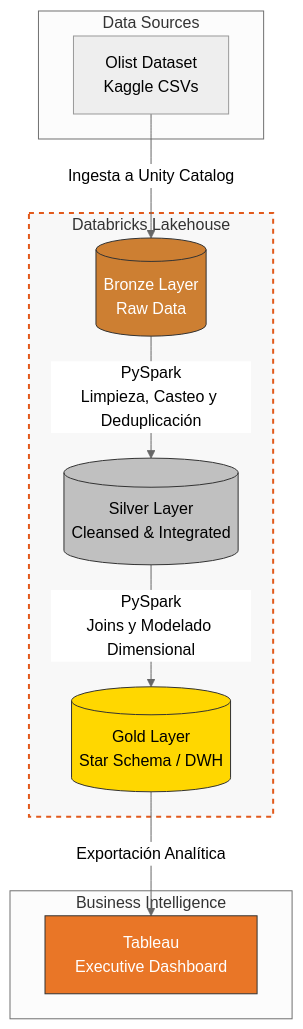
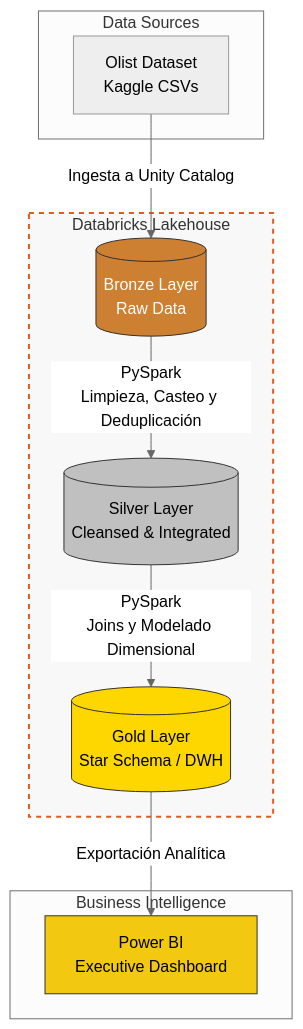
Before and after one commit to Fab0705/ecommerce-lakehouse: the diagram in README.md, drawn with Mermaid (neutral theme). The commit also changed other lines of this file, not shown here.

Commit message:
Update README with Dashboard

````diff
--- a/README.md
+++ b/README.md
@@ -17,27 +17,27 @@
 ```mermaid
 flowchart TD
     subgraph Data Sources
         Olist[Olist Dataset<br/>Kaggle CSVs]
     end
 
     subgraph Databricks [Databricks Lakehouse]
         Bronze[(Bronze Layer<br/>Raw Data)]
         Silver[(Silver Layer<br/>Cleansed & Integrated)]
         Gold[(Gold Layer<br/>Star Schema / DWH)]
     end
 
     subgraph BI [Business Intelligence]
-        Tableau[Tableau<br/>Executive Dashboard]
+        PowerBI[Power BI<br/>Executive Dashboard]
     end
 
     Olist -- Ingesta a Unity Catalog --> Bronze
     Bronze -- PySpark<br/>Limpieza, Casteo y Deduplicación --> Silver
     Silver -- PySpark<br/>Joins y Modelado Dimensional --> Gold
-    Gold -- Exportación Analítica --> Tableau
+    Gold -- Exportación Analítica --> PowerBI
 
     style Bronze fill:#cd7f32,stroke:#333,stroke-width:1px,color:#fff
     style Silver fill:#c0c0c0,stroke:#333,stroke-width:1px,color:#000
     style Gold fill:#ffd700,stroke:#333,stroke-width:1px,color:#000
-    style Tableau fill:#e97627,stroke:#333,stroke-width:1px,color:#fff
+    style PowerBI fill:#f2c811,stroke:#333,stroke-width:1px,color:#000
     style Databricks fill:#f8f8f8,stroke:#e25a1c,stroke-width:2px,stroke-dasharray: 5 5
 ```
````
